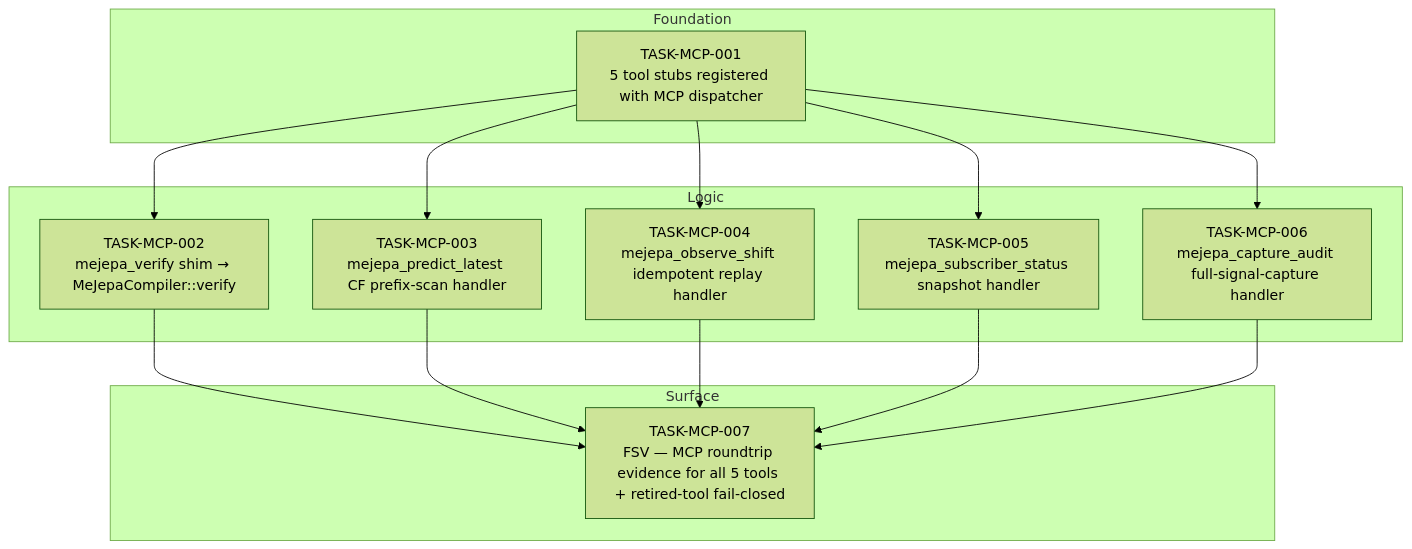
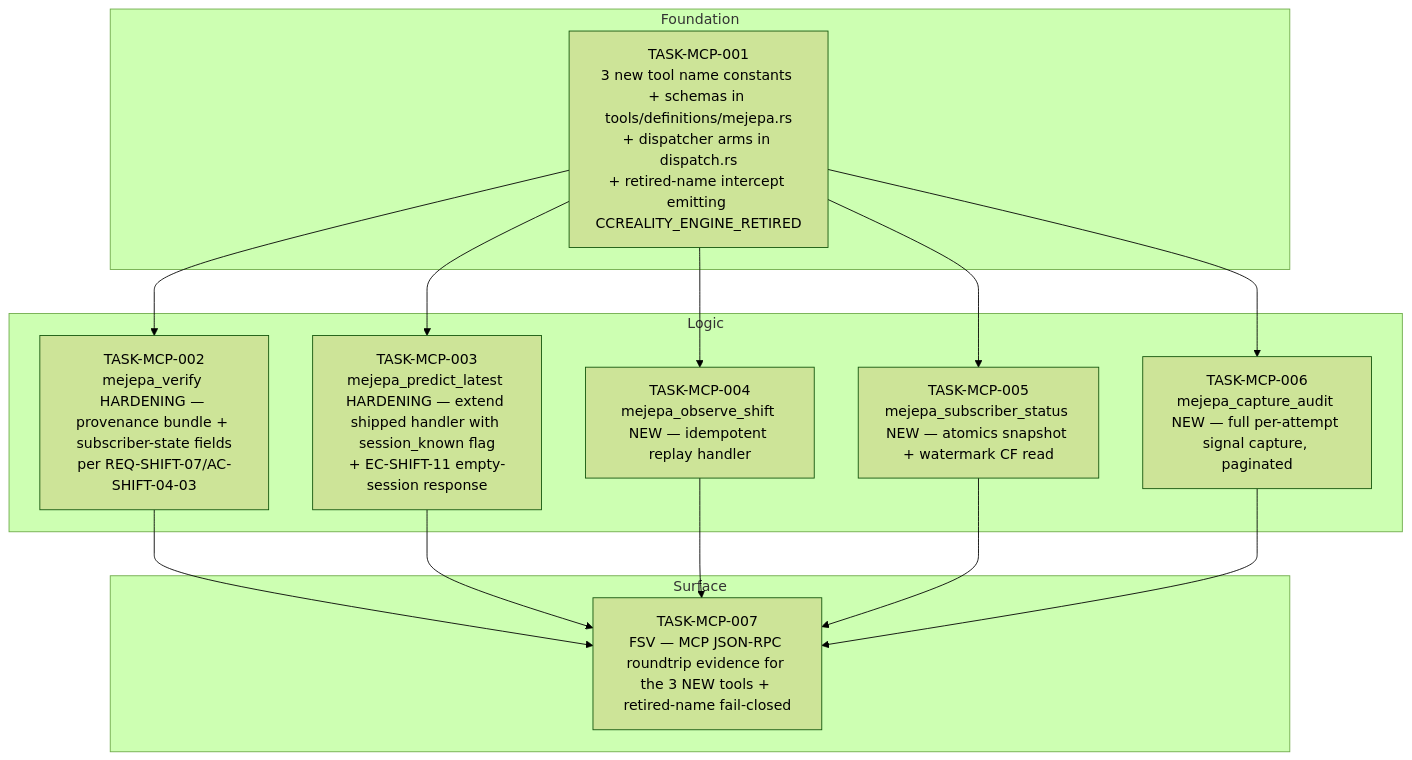
The diagram in docs/ruvectorfindings/specs/tasks/phase7-mcp-tools/_index.md (ChrisRoyse/contextgraph), drawn with Mermaid (forest theme) before and after one commit. The commit also changed other lines of this file, not shown here.

First line of the commit message:
docs(phase7-mcp-tools): align spec with shipped code reality + retired-shim regression

````diff
--- a/docs/ruvectorfindings/specs/tasks/phase7-mcp-tools/_index.md
+++ b/docs/ruvectorfindings/specs/tasks/phase7-mcp-tools/_index.md
@@ -35,27 +57,27 @@
 ```mermaid
 graph TD
     subgraph Foundation
-        T001[TASK-MCP-001<br/>5 tool stubs registered with MCP dispatcher]
+        T001[TASK-MCP-001<br/>3 new tool name constants + schemas in tools/definitions/mejepa.rs<br/>+ dispatcher arms in dispatch.rs<br/>+ retired-name intercept emitting CCREALITY_ENGINE_RETIRED]
     end
     subgraph Logic
-        T002[TASK-MCP-002<br/>mejepa_verify shim → MeJepaCompiler::verify]
-        T003[TASK-MCP-003<br/>mejepa_predict_latest CF prefix-scan handler]
-        T004[TASK-MCP-004<br/>mejepa_observe_shift idempotent replay handler]
-        T005[TASK-MCP-005<br/>mejepa_subscriber_status snapshot handler]
-        T006[TASK-MCP-006<br/>mejepa_capture_audit full-signal-capture handler]
+        T002[TASK-MCP-002<br/>mejepa_verify HARDENING — provenance bundle + subscriber-state fields<br/>per REQ-SHIFT-07/AC-SHIFT-04-03]
+        T003[TASK-MCP-003<br/>mejepa_predict_latest HARDENING — extend shipped handler with session_known flag<br/>+ EC-SHIFT-11 empty-session response]
+        T004[TASK-MCP-004<br/>mejepa_observe_shift NEW — idempotent replay handler]
+        T005[TASK-MCP-005<br/>mejepa_subscriber_status NEW — atomics snapshot + watermark CF read]
+        T006[TASK-MCP-006<br/>mejepa_capture_audit NEW — full per-attempt signal capture, paginated]
     end
     subgraph Surface
-        T007[TASK-MCP-007<br/>FSV — MCP roundtrip evidence for all 5 tools + retired-tool fail-closed]
+        T007[TASK-MCP-007<br/>FSV — MCP JSON-RPC roundtrip evidence for the 3 NEW tools + retired-name fail-closed]
     end
 
     T001 --> T002
     T001 --> T003
     T001 --> T004
     T001 --> T005
     T001 --> T006
     T002 --> T007
     T003 --> T007
     T004 --> T007
     T005 --> T007
     T006 --> T007
 ```
````
